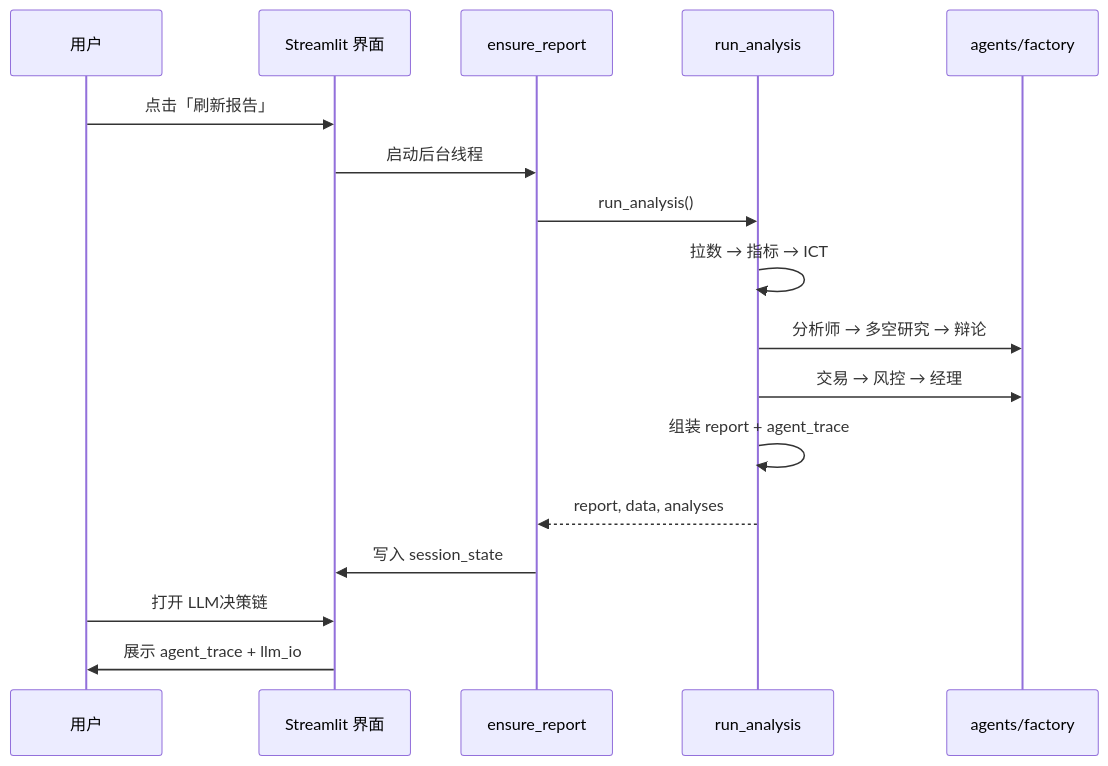
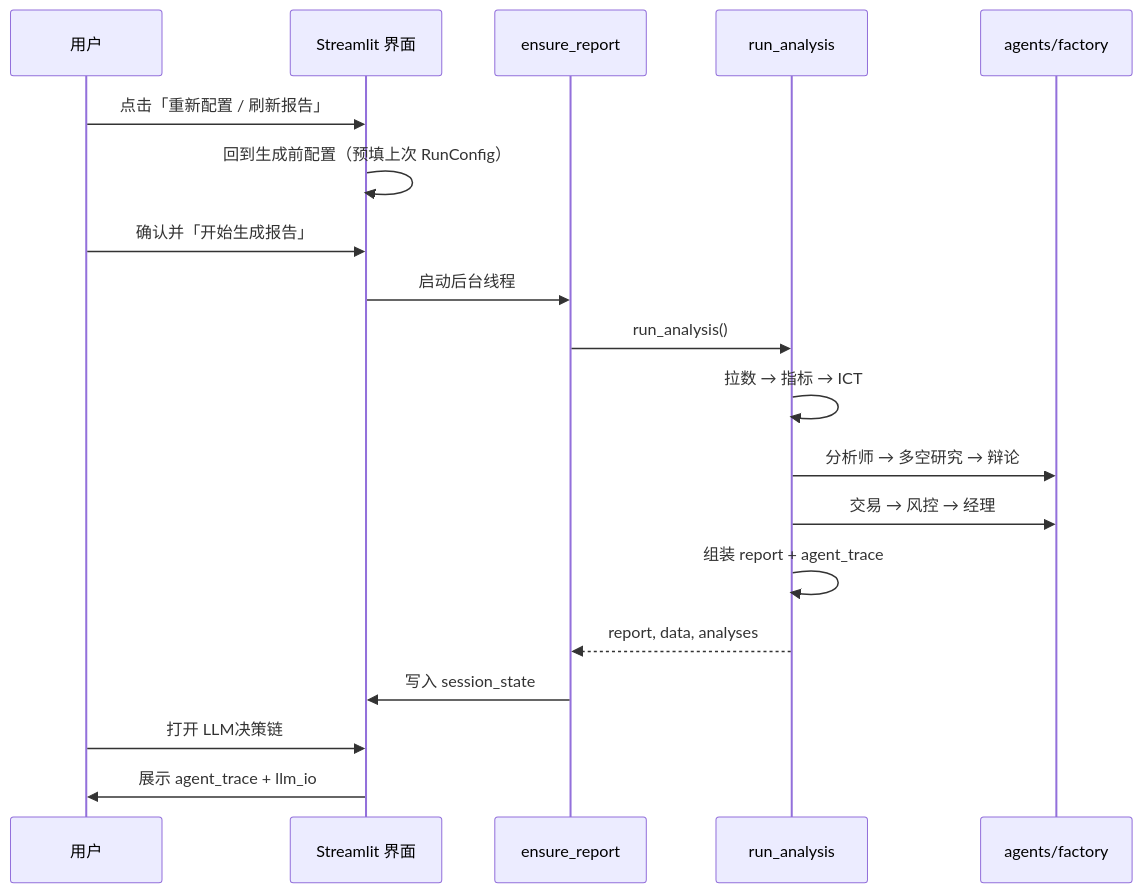
One commit to vbqx/GoldAnalysisAI changed the second of 2 diagrams in docs/getting-started/walkthrough.md. Above: the diagram before and after it, drawn with Mermaid. The commit also changed other lines of this file and 5 other files, not shown here.

````diff
--- a/docs/getting-started/walkthrough.md
+++ b/docs/getting-started/walkthrough.md
@@ -127,20 +149,22 @@
 ```mermaid
 sequenceDiagram
     participant 用户
     participant 界面 as Streamlit 界面
     participant 缓存 as ensure_report
     participant 流水线 as run_analysis
     participant 智能体 as agents/factory
 
-    用户->>界面: 点击「刷新报告」
+    用户->>界面: 点击「重新配置 / 刷新报告」
+    界面->>界面: 回到生成前配置（预填上次 RunConfig）
+    用户->>界面: 确认并「开始生成报告」
     界面->>缓存: 启动后台线程
     缓存->>流水线: run_analysis()
     流水线->>流水线: 拉数 → 指标 → ICT
     流水线->>智能体: 分析师 → 多空研究 → 辩论
     流水线->>智能体: 交易 → 风控 → 经理
     流水线->>流水线: 组装 report + agent_trace
     流水线-->>缓存: report, data, analyses
     缓存->>界面: 写入 session_state
     用户->>界面: 打开 LLM决策链
     界面->>用户: 展示 agent_trace + llm_io
 ```
````
